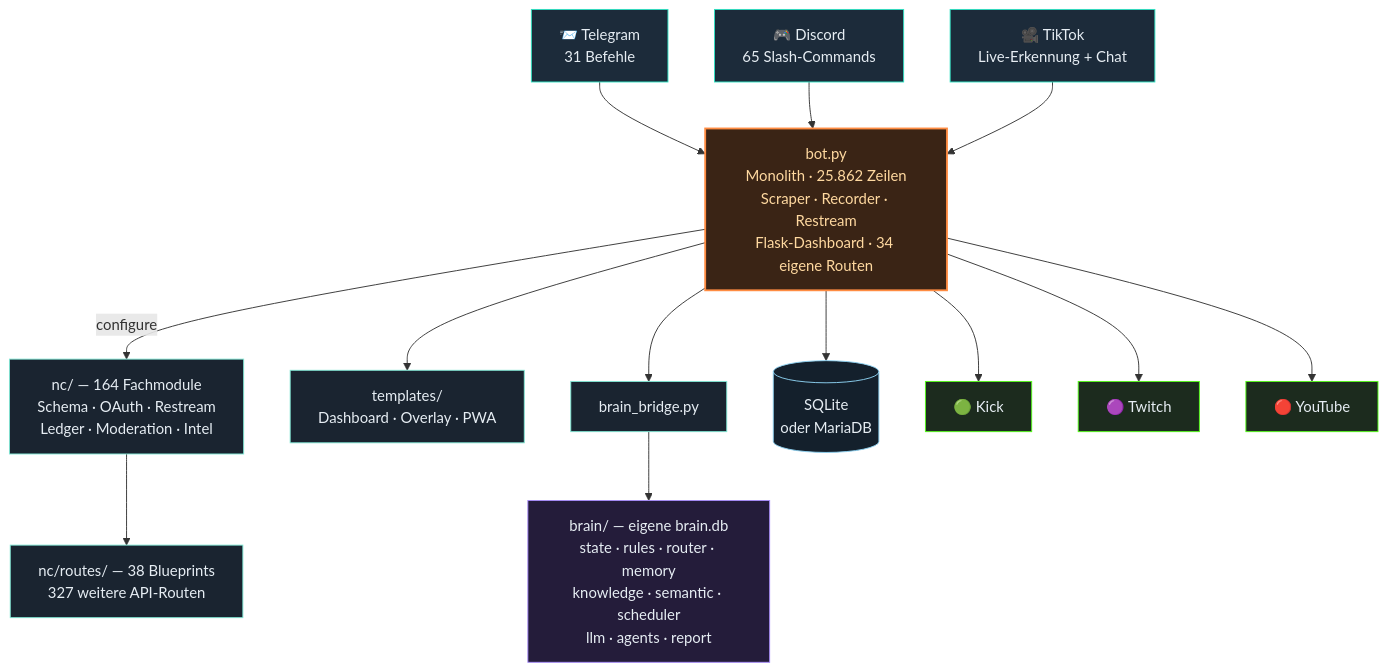
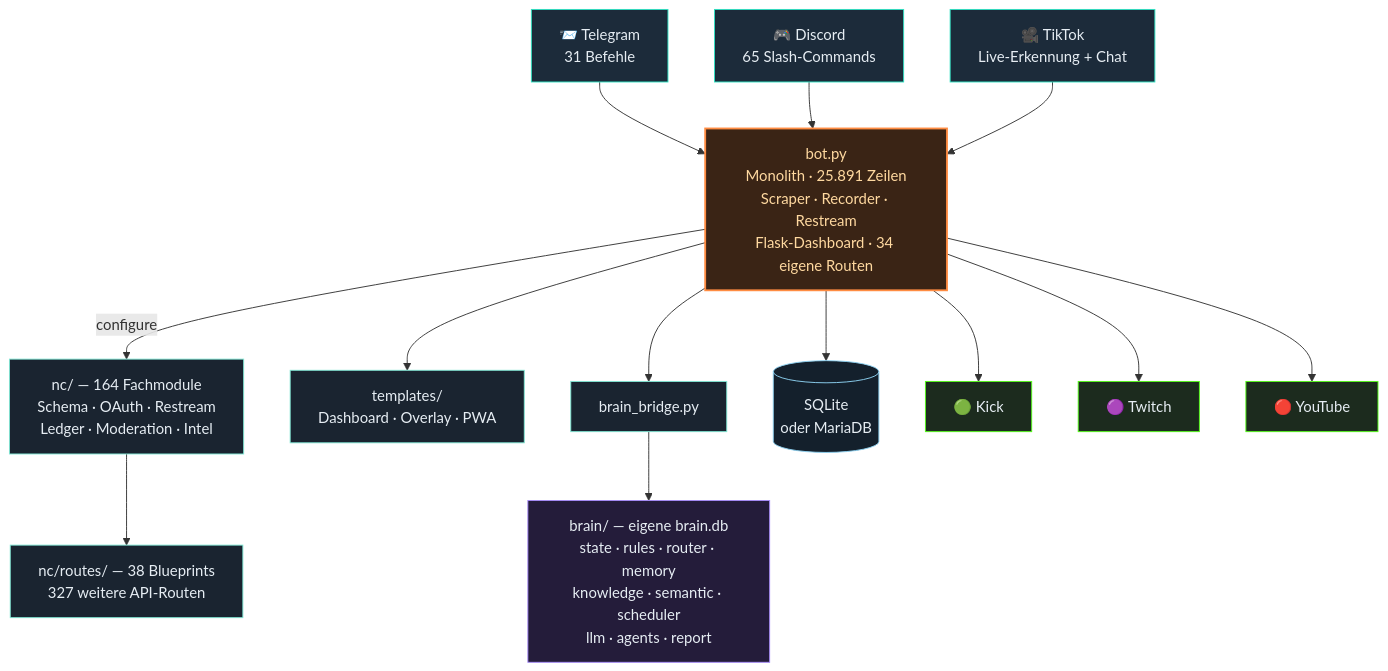
The third of 4 diagrams in README.md (itsamemedev/Telegram-Stream-Info-Bot), drawn with Mermaid before and after one commit. The commit also changed other lines of this file and 3 other files, not shown here.

````diff
--- a/README.md
+++ b/README.md
@@ -189,30 +189,30 @@
 ```mermaid
 flowchart TB
     TG["📨 Telegram<br/>31 Befehle"]:::ein
     DC["🎮 Discord<br/>65 Slash-Commands"]:::ein
     TT["🎥 TikTok<br/>Live-Erkennung + Chat"]:::ein
 
     TG --> BOT
     DC --> BOT
     TT --> BOT
 
-    BOT["bot.py<br/>Monolith · 25.862 Zeilen<br/>Scraper · Recorder · Restream<br/>Flask-Dashboard · 34 eigene Routen"]:::core
+    BOT["bot.py<br/>Monolith · 25.891 Zeilen<br/>Scraper · Recorder · Restream<br/>Flask-Dashboard · 34 eigene Routen"]:::core
 
     BOT -->|configure| NC["nc/ — 164 Fachmodule<br/>Schema · OAuth · Restream<br/>Ledger · Moderation · Intel"]:::lib
     NC --> RT["nc/routes/ — 38 Blueprints<br/>327 weitere API-Routen"]:::lib
     BOT --> TPL["templates/<br/>Dashboard · Overlay · PWA"]:::lib
     BOT --> BR["brain_bridge.py"]:::lib
     BR --> BRAIN["brain/ — eigene brain.db<br/>state · rules · router · memory<br/>knowledge · semantic · scheduler<br/>llm · agents · report"]:::brain
     BOT --> DB[("SQLite<br/>oder MariaDB")]:::db
 
     BOT --> KICK["🟢 Kick"]:::out
     BOT --> TW["🟣 Twitch"]:::out
     BOT --> YT["🔴 YouTube"]:::out
 
     classDef ein fill:#1c2b3a,stroke:#2de1c2,color:#e6edf3
     classDef core fill:#3a2415,stroke:#ff8c42,stroke-width:2px,color:#ffd9a0
     classDef lib fill:#1a2430,stroke:#7fe7d4,color:#e6edf3
     classDef brain fill:#241c3a,stroke:#a78bfa,color:#e6edf3
     classDef db fill:#14202c,stroke:#8fd3f4,color:#e6edf3
     classDef out fill:#1c2b1e,stroke:#53fc18,color:#e6edf3
 ```
````
